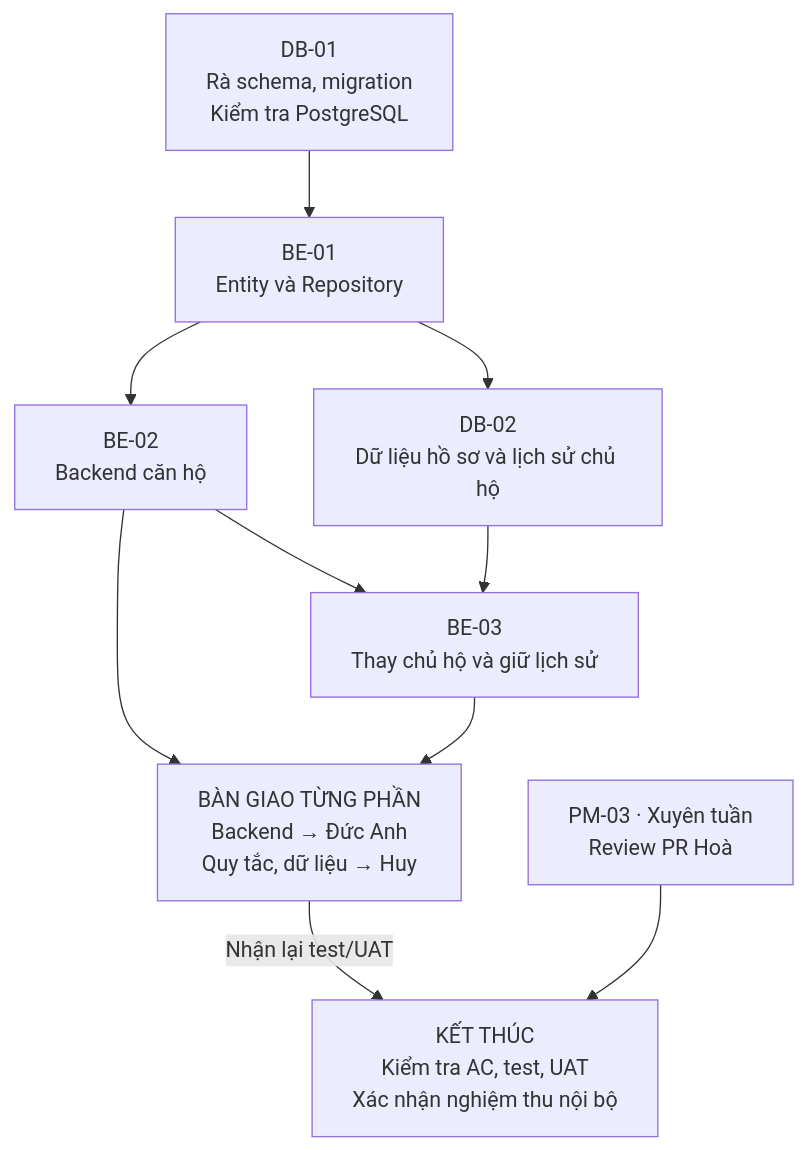
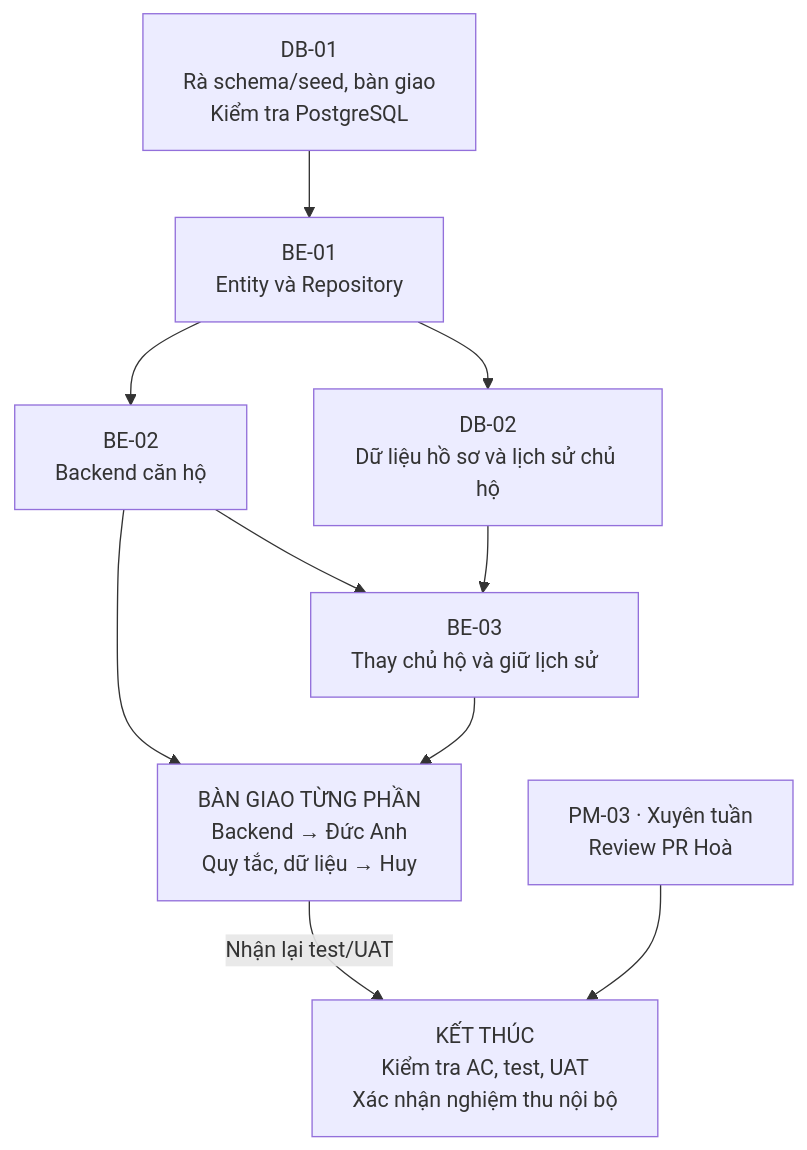
One commit to Cnpm-Svbk-Team13/BlueMoon-Apartment-Management-System changed the third of 6 diagrams in docs/sprints/sprint-1/WORKFLOW_GUIDE.md. Above: the diagram before and after it, drawn with Mermaid. The commit also changed other lines of this file and 10 other files, not shown here.

````diff
--- a/docs/sprints/sprint-1/WORKFLOW_GUIDE.md
+++ b/docs/sprints/sprint-1/WORKFLOW_GUIDE.md
@@ -73,20 +73,20 @@
 ```mermaid
 flowchart TD
-    A["DB-01<br/>Rà schema, migration<br/>Kiểm tra PostgreSQL"]
+    A["DB-01<br/>Rà schema/seed, bàn giao<br/>Kiểm tra PostgreSQL"]
     B["BE-01<br/>Entity và Repository"]
     C["BE-02<br/>Backend căn hộ"]
     D["DB-02<br/>Dữ liệu hồ sơ và lịch sử chủ hộ"]
     E["BE-03<br/>Thay chủ hộ và giữ lịch sử"]
     F["BÀN GIAO TỪNG PHẦN<br/>Backend → Đức Anh<br/>Quy tắc, dữ liệu → Huy"]
     G["PM-03 · Xuyên tuần<br/>Review PR Hoà"]
     H["KẾT THÚC<br/>Kiểm tra AC, test, UAT<br/>Xác nhận nghiệm thu nội bộ"]
     A --> B
     B --> C
     B --> D
     C --> E
     D --> E
     C --> F
     E --> F
     F -->|"Nhận lại test/UAT"| H
     G --> H
 ```
````
